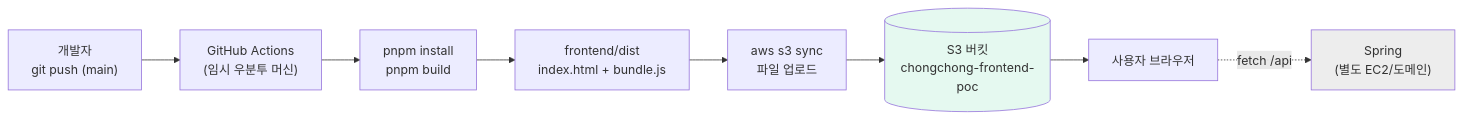
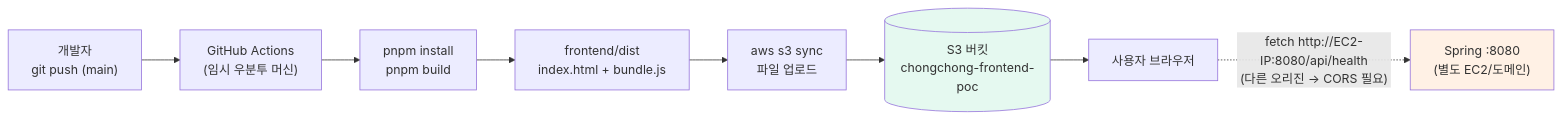
One commit to Antoliny0919/taste-fe-deploy changed the diagram in s3/README.md. Above: the diagram before and after it, drawn with Mermaid. The commit also changed other lines of this file and 3 other files, not shown here.

````diff
--- a/s3/README.md
+++ b/s3/README.md
@@ -25,13 +26,13 @@
 ```mermaid
 flowchart LR
     A["개발자<br/>git push (main)"] --> B["GitHub Actions<br/>(임시 우분투 머신)"]
     B --> C["pnpm install<br/>pnpm build"]
     C --> D["frontend/dist<br/>index.html + bundle.js"]
     D --> E["aws s3 sync<br/>파일 업로드"]
     E --> F[("S3 버킷<br/>chongchong-frontend-poc")]
     F --> G["사용자 브라우저"]
-    G -. "fetch /api" .-> H["Spring<br/>(별도 EC2/도메인)"]
+    G -. "fetch http://EC2-IP:8080/api/health<br/>(다른 오리진 → CORS 필요)" .-> H["Spring :8080<br/>(별도 EC2/도메인)"]
 
     style F fill:#E5F9F0
-    style H fill:#EDEDED
+    style H fill:#FFF1E5
 ```
````
